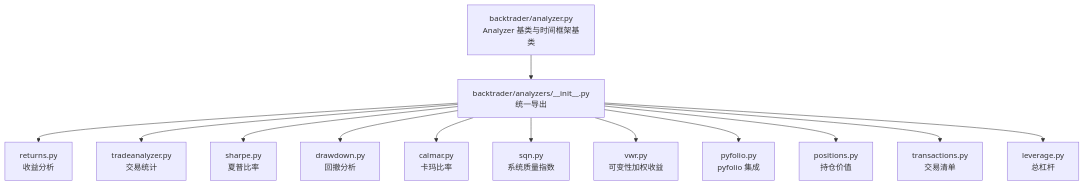
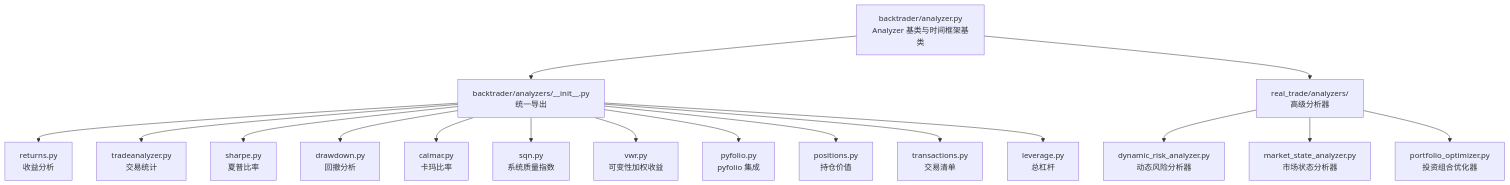
The first of 15 diagrams in .qoder/repowiki/zh/content/分析工具/分析工具.md (bench-prog/backtrader), drawn with Mermaid before and after one commit. The commit also changed other lines of this file and 23 other files, not shown here.

````diff
--- a/.qoder/repowiki/zh/content/分析工具/分析工具.md
+++ b/.qoder/repowiki/zh/content/分析工具/分析工具.md
@@ -40,15 +47,19 @@
 ```mermaid
 graph TB
 A["backtrader/analyzer.py<br/>Analyzer 基类与时间框架基类"] --> B["backtrader/analyzers/__init__.py<br/>统一导出"]
 B --> C["returns.py<br/>收益分析"]
 B --> D["tradeanalyzer.py<br/>交易统计"]
 B --> E["sharpe.py<br/>夏普比率"]
 B --> F["drawdown.py<br/>回撤分析"]
 B --> G["calmar.py<br/>卡玛比率"]
 B --> H["sqn.py<br/>系统质量指数"]
 B --> I["vwr.py<br/>可变性加权收益"]
 B --> J["pyfolio.py<br/>pyfolio 集成"]
 B --> K["positions.py<br/>持仓价值"]
 B --> L["transactions.py<br/>交易清单"]
 B --> M["leverage.py<br/>总杠杆"]
+A --> N["real_trade/analyzers/<br/>高级分析器"]
+N --> O["dynamic_risk_analyzer.py<br/>动态风险分析器"]
+N --> P["market_state_analyzer.py<br/>市场状态分析器"]
+N --> Q["portfolio_optimizer.py<br/>投资组合优化器"]
 ```
````
